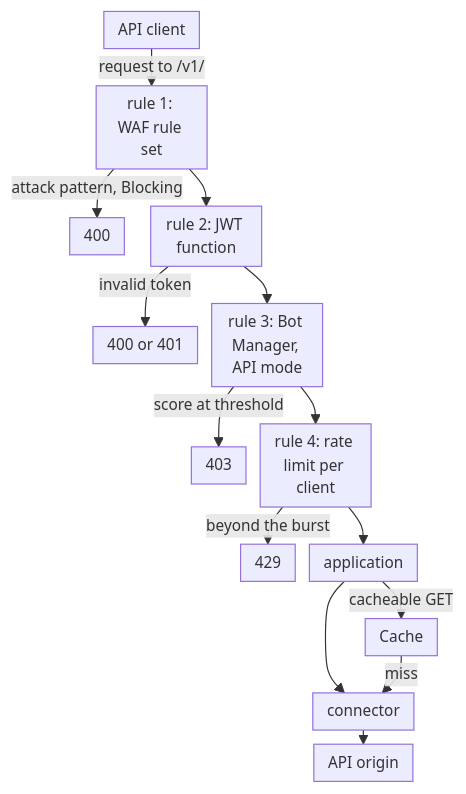
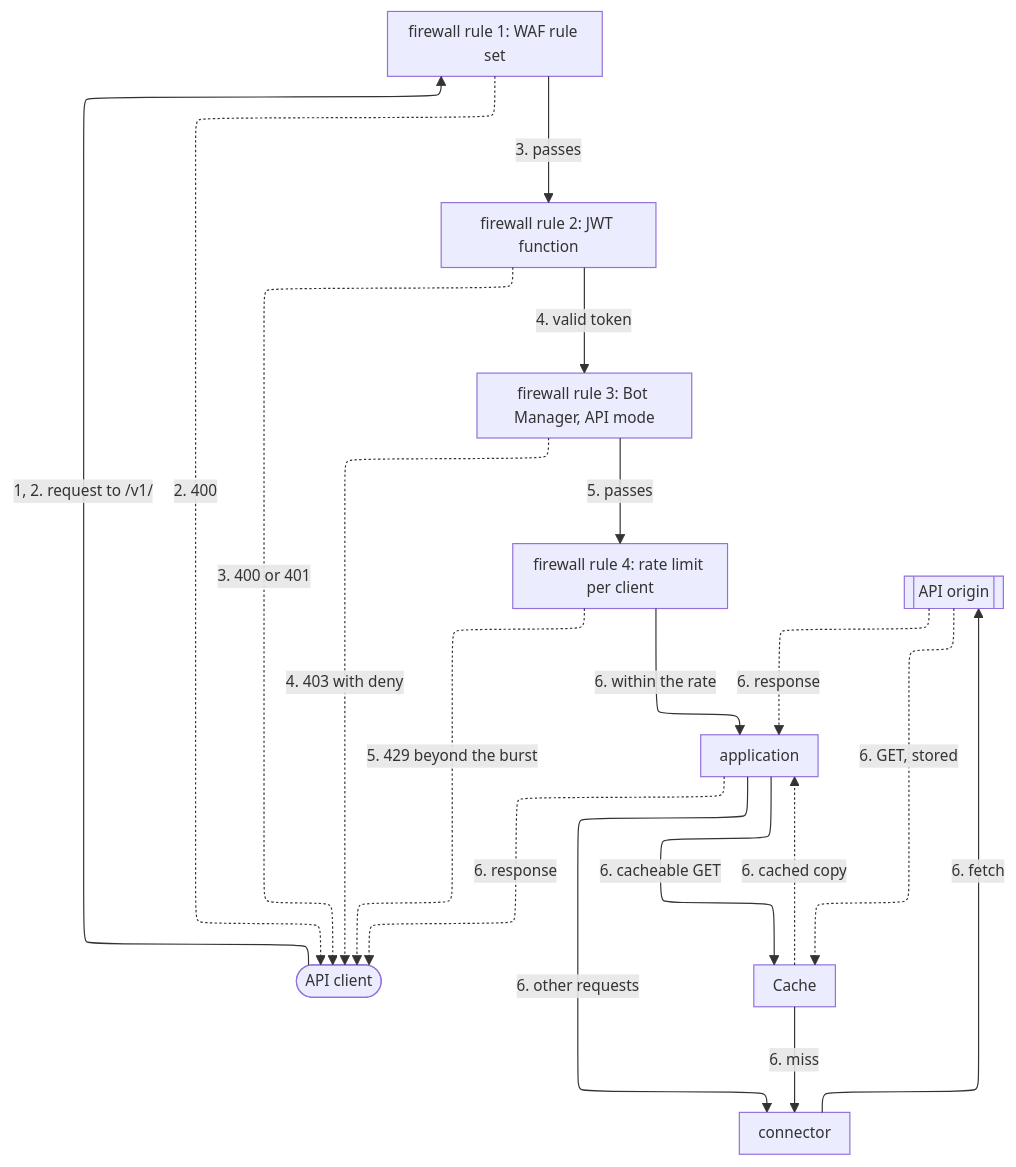
Before and after one commit to aziontech/docs: the diagram in apps/docs/src/content/docs/en/pages/use-cases/secure-applications-and-networks/protect-public-apis-from-abuse.mdx, drawn with Mermaid. The commit also changed other lines of this file and 55 other files, not shown here.

Commit message:
docs(use-cases): redraw the use-case diagrams with the way back and check their claims (#2509)

````diff
--- a/apps/docs/src/content/docs/en/pages/use-cases/secure-applications-and-networks/protect-public-apis-from-abuse.mdx
+++ b/apps/docs/src/content/docs/en/pages/use-cases/secure-applications-and-networks/protect-public-apis-from-abuse.mdx
@@ -47,17 +49,30 @@
 ```mermaid
-%%{init: {"layout": "dagre", "themeVariables": {"fontSize": "13px"}, "flowchart": {"nodeSpacing": 12, "rankSpacing": 12, "padding": 6, "wrappingWidth": 70, "minNodeWidth": 40, "useMaxWidth": true}}}%%
+%%{init: {"layout": "elk", "themeVariables": {"fontSize": "13px"}, "flowchart": {"nodeSpacing": 24, "rankSpacing": 36, "padding": 8, "wrappingWidth": 150, "useMaxWidth": true}, "sequence": {"width": 120, "actorMargin": 30, "useMaxWidth": true}}}%%
 flowchart TD
-  Client["API client"] -->|"request to /v1/"| WAF["rule 1: WAF rule set"]
-  WAF -->|"attack pattern, Blocking"| R400["400"]
-  WAF --> JWT["rule 2: JWT function"]
-  JWT -->|"invalid token"| R401["400 or 401"]
-  JWT --> Bot["rule 3: Bot Manager, API mode"]
-  Bot -->|"score at threshold"| R403["403"]
-  Bot --> RL["rule 4: rate limit per client"]
-  RL -->|"beyond the burst"| R429["429"]
-  RL --> App["application"]
-  App -->|"cacheable GET"| Cache["Cache"]
-  App --> Conn["connector"]
-  Cache -->|"miss"| Conn
-  Conn --> Origin["API origin"]
+  Client(["API client"])
+  WAF["firewall rule 1: WAF rule set"]
+  JWT["firewall rule 2: JWT function"]
+  Bot["firewall rule 3: Bot Manager, API mode"]
+  RL["firewall rule 4: rate limit per client"]
+  App["application"]
+  Cache["Cache"]
+  Conn["connector"]
+  Origin[["API origin"]]
+  Client -->|"1, 2. request to /v1/"| WAF
+  WAF -->|"3. passes"| JWT
+  JWT -->|"4. valid token"| Bot
+  Bot -->|"5. passes"| RL
+  RL -->|"6. within the rate"| App
+  App -->|"6. cacheable GET"| Cache
+  App -->|"6. other requests"| Conn
+  Cache -->|"6. miss"| Conn
+  Conn -->|"6. fetch"| Origin
+  Origin -.->|"6. GET, stored"| Cache
+  Origin -.->|"6. response"| App
+  Cache -.->|"6. cached copy"| App
+  App -.->|"6. response"| Client
+  WAF -.->|"2. 400"| Client
+  JWT -.->|"3. 400 or 401"| Client
+  Bot -.->|"4. 403 with deny"| Client
+  RL -.->|"5. 429 beyond the burst"| Client
 ```
````
